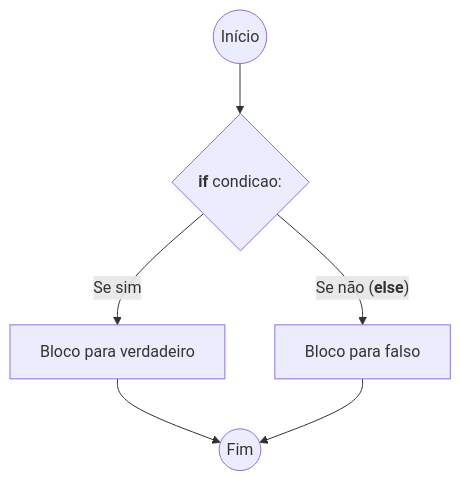
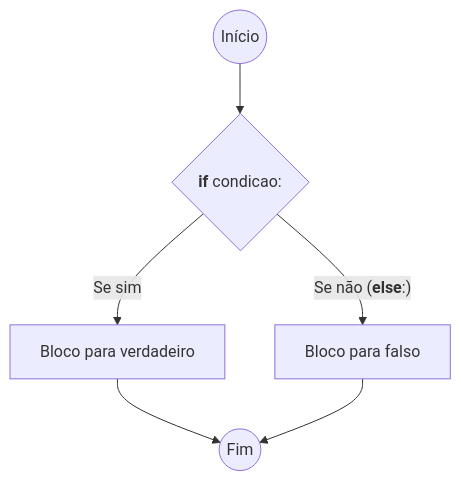
The fourth of 4 diagrams in notebooks/cap4/cap4.md (cursopythonUFAC/cursopythonUFAC.github.io), drawn with Mermaid before and after one commit.

Commit message:
minor fix

````diff
--- a/notebooks/cap4/cap4.md
+++ b/notebooks/cap4/cap4.md
@@ -283,5 +283,5 @@
 ```mermaid
 graph TD
 	id((Início)) --> id1{<b>if</b> condicao:} -- Se sim --> id2[Bloco para verdadeiro] --> id3((Fim))
-	id1 -- "Se não (<b>else</b>)" --> id4[Bloco para falso] --> id3
+	id1 -- "Se não (<b>else</b>:)" --> id4[Bloco para falso] --> id3
 ```
````
